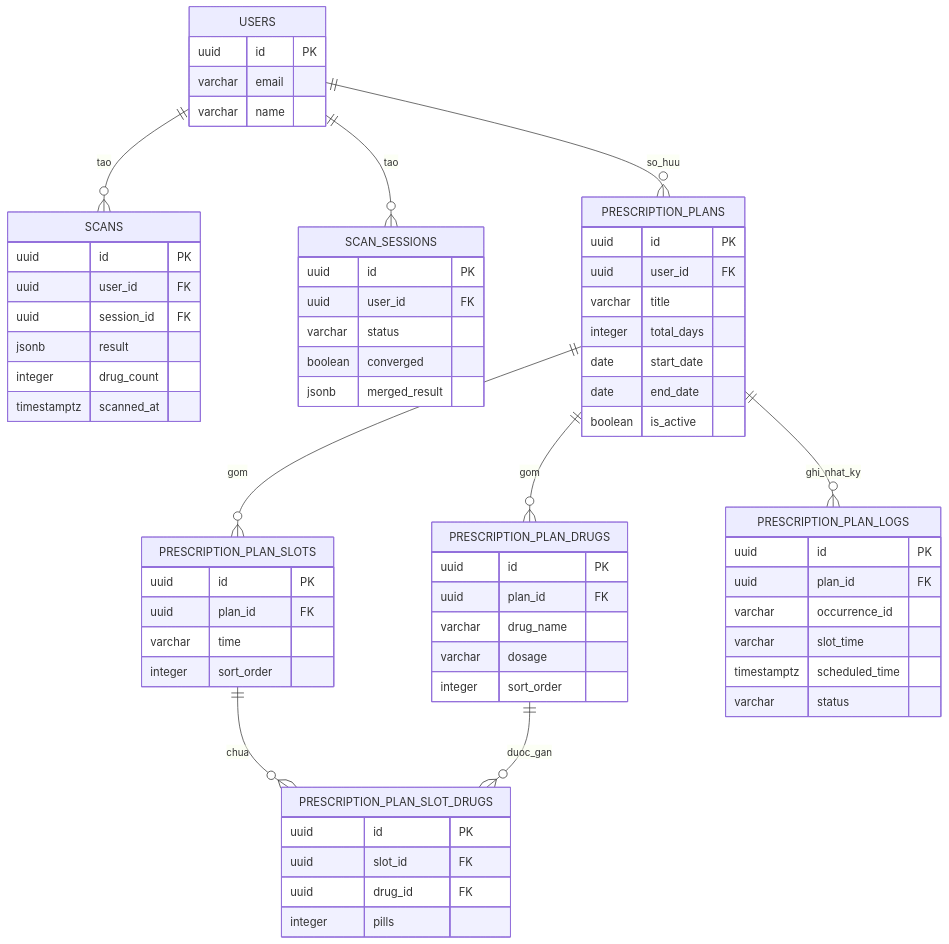
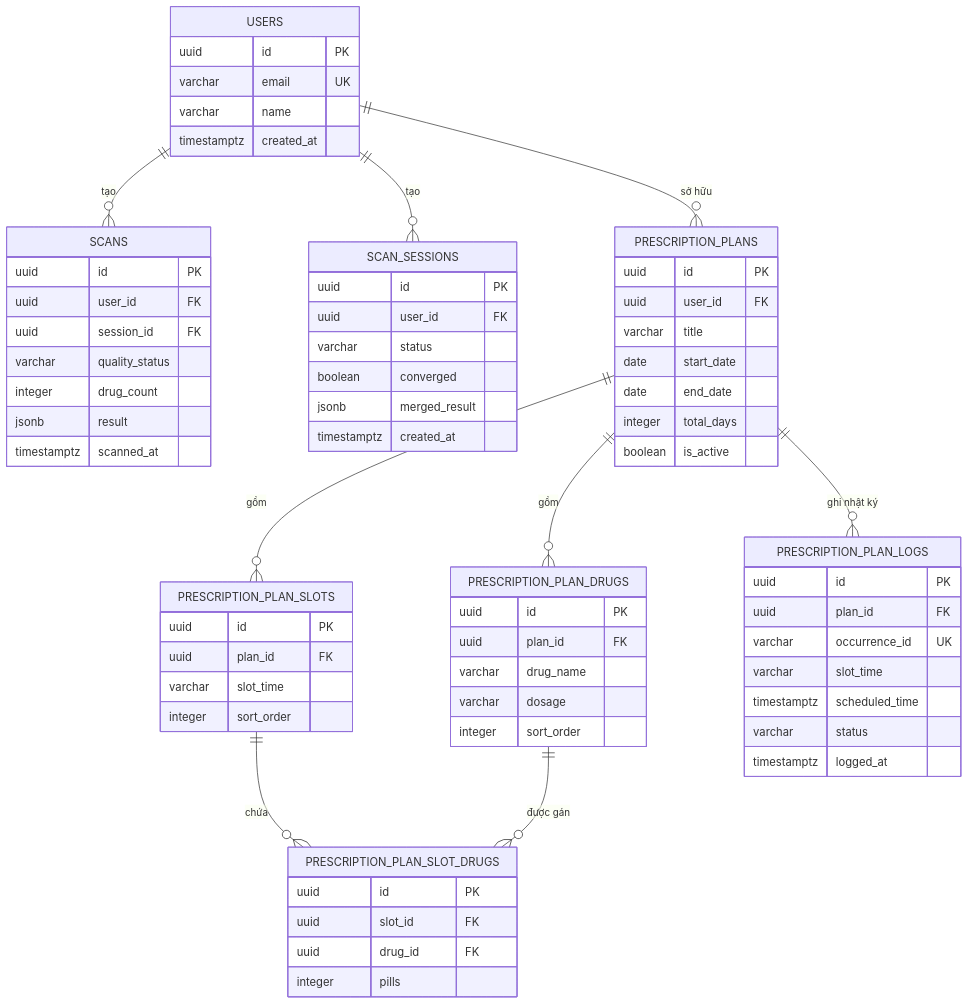
One commit to hongphuoc6104/medicineApp changed the diagram in docs/thesis_report/diagrams/erd_main.mmd. Above: the diagram before and after it, drawn with Mermaid. The commit also changed 40 other files, not shown here.

```diff
--- a/docs/thesis_report/diagrams/erd_main.mmd
+++ b/docs/thesis_report/diagrams/erd_main.mmd
@@ -1,75 +1,79 @@
 erDiagram
-    USERS ||--o{ SCANS : tao
-    USERS ||--o{ SCAN_SESSIONS : tao
-    USERS ||--o{ PRESCRIPTION_PLANS : so_huu
+    USERS ||--o{ SCANS : "tạo"
+    USERS ||--o{ SCAN_SESSIONS : "tạo"
+    USERS ||--o{ PRESCRIPTION_PLANS : "sở hữu"
 
-    PRESCRIPTION_PLANS ||--o{ PRESCRIPTION_PLAN_DRUGS : gom
-    PRESCRIPTION_PLANS ||--o{ PRESCRIPTION_PLAN_SLOTS : gom
-    PRESCRIPTION_PLANS ||--o{ PRESCRIPTION_PLAN_LOGS : ghi_nhat_ky
+    PRESCRIPTION_PLANS ||--o{ PRESCRIPTION_PLAN_DRUGS : "gồm"
+    PRESCRIPTION_PLANS ||--o{ PRESCRIPTION_PLAN_SLOTS : "gồm"
+    PRESCRIPTION_PLANS ||--o{ PRESCRIPTION_PLAN_LOGS : "ghi nhật ký"
 
-    PRESCRIPTION_PLAN_SLOTS ||--o{ PRESCRIPTION_PLAN_SLOT_DRUGS : chua
-    PRESCRIPTION_PLAN_DRUGS ||--o{ PRESCRIPTION_PLAN_SLOT_DRUGS : duoc_gan
+    PRESCRIPTION_PLAN_SLOTS ||--o{ PRESCRIPTION_PLAN_SLOT_DRUGS : "chứa"
+    PRESCRIPTION_PLAN_DRUGS ||--o{ PRESCRIPTION_PLAN_SLOT_DRUGS : "được gán"
 
     USERS {
         uuid id PK
-        varchar email
+        varchar email UK
         varchar name
+        timestamptz created_at
     }
 
     SCANS {
         uuid id PK
         uuid user_id FK
         uuid session_id FK
+        varchar quality_status
+        integer drug_count
         jsonb result
-        integer drug_count
         timestamptz scanned_at
     }
 
     SCAN_SESSIONS {
         uuid id PK
         uuid user_id FK
         varchar status
         boolean converged
         jsonb merged_result
+        timestamptz created_at
     }
 
     PRESCRIPTION_PLANS {
         uuid id PK
         uuid user_id FK
         varchar title
-        integer total_days
         date start_date
         date end_date
+        integer total_days
         boolean is_active
     }
 
     PRESCRIPTION_PLAN_DRUGS {
         uuid id PK
         uuid plan_id FK
         varchar drug_name
         varchar dosage
         integer sort_order
     }
 
     PRESCRIPTION_PLAN_SLOTS {
         uuid id PK
         uuid plan_id FK
-        varchar time
+        varchar slot_time
         integer sort_order
     }
 
     PRESCRIPTION_PLAN_SLOT_DRUGS {
         uuid id PK
         uuid slot_id FK
         uuid drug_id FK
         integer pills
     }
 
     PRESCRIPTION_PLAN_LOGS {
         uuid id PK
         uuid plan_id FK
-        varchar occurrence_id
+        varchar occurrence_id UK
         varchar slot_time
         timestamptz scheduled_time
         varchar status
+        timestamptz logged_at
     }
```
